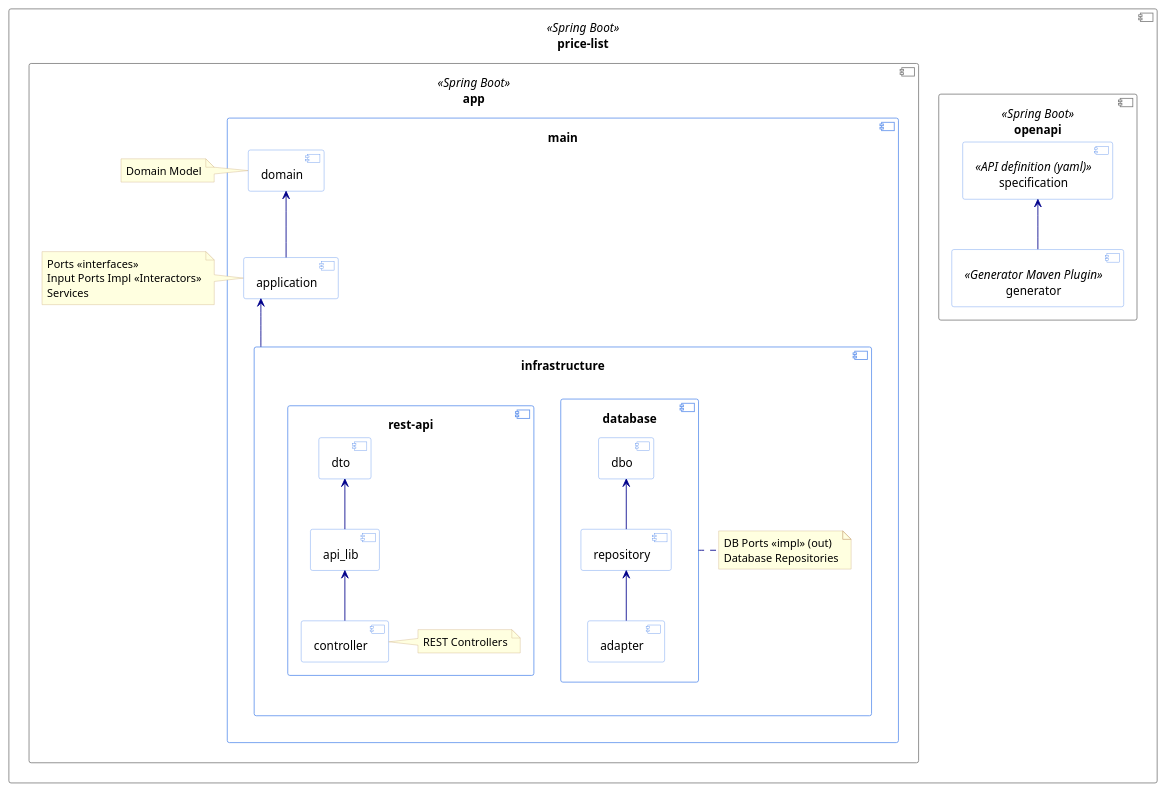
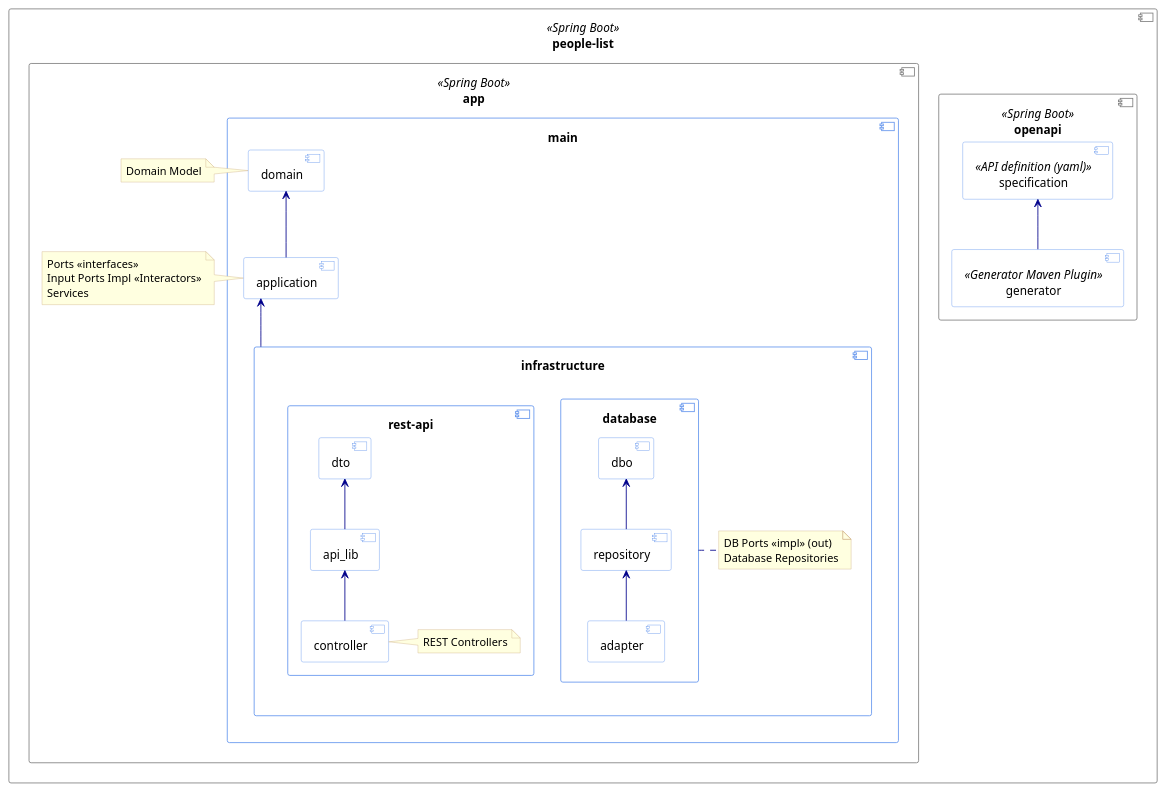
Before and after one commit to avall/swapi-challenge-web-application: the diagram in addons/docs/uml/architecture/architecture.puml, drawn with PlantUML. The commit also changed 10 other files, not shown here.

```diff
--- a/addons/docs/uml/architecture/architecture.puml
+++ b/addons/docs/uml/architecture/architecture.puml
@@ -1,73 +1,73 @@
 @startuml
 
 skinparam linetype ortho
 skinparam component<<Spring Boot>> {
     backgroundColor White
     borderColor Grey
 }
 
 skinparam component {
     backgroundColor White
     borderColor CornflowerBlue
     ArrowColor DarkBlue
 }
 skinparam note {
     backgroundColor LightYellow
     borderColor Tan
 }
 
-component [price-list] <<Spring Boot>> as price_list {
+component [people-list] <<Spring Boot>> as people_list {
 
 
 component [openapi] <<Spring Boot>> as openapi {
     component [generator] <<Generator Maven Plugin>>
     component [specification] <<API definition (yaml)>>
     generator -up-> specification
 }
 
 component [app] <<Spring Boot>> as app {
   component [main] as main {
     component [domain] as domain
     component [application] as application
     component [infrastructure] as infrastructure {
       component [database] as adapterDatabase {
         component dbo
         component repository
         component adapter
         repository -u-> dbo
         adapter -u-> repository
       }
       note bottom of adapterDatabase
         DB Ports <<impl>> (out)
         Database Repositories
       end note
       component [rest-api] as restApi {
         component api_lib
         component dto as restApiDto
         component controller
         api_lib -up-> restApiDto
         controller -up-> api_lib
         note right of controller
           REST Controllers
         end note
       }
     }
   }
 
   application -up-> domain
   infrastructure -up-> application
 
 
   note right of domain
   Domain Model
   end note
 
   note right of application
   Ports <<interfaces>>
   Input Ports Impl <<Interactors>>
   Services
   end note
 
 }
 }
 @enduml
```
